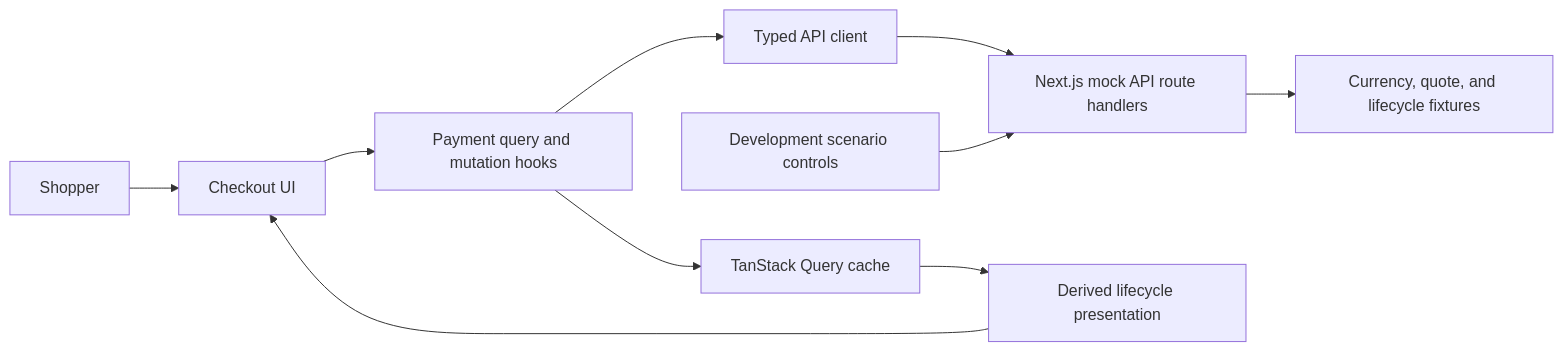
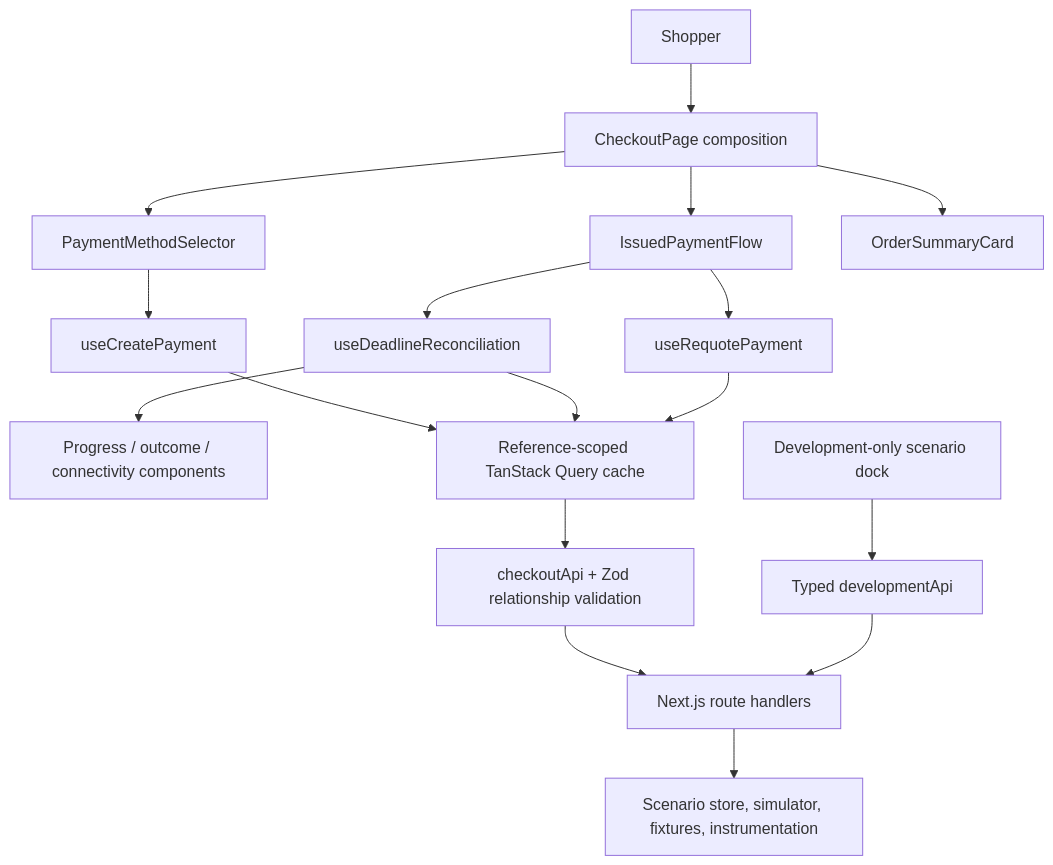
One commit to thiagosbrito/triple-a changed the first of 2 diagrams in .docs/04-technical-architecture.md. Above: the diagram before and after it, drawn with Mermaid. The commit also changed other lines of this file and 15 other files, not shown here.

````diff
--- a/.docs/04-technical-architecture.md
+++ b/.docs/04-technical-architecture.md
@@ -83,12 +84,22 @@
 ```mermaid
-flowchart LR
-    Shopper["Shopper"] --> UI["Checkout UI"]
-    UI --> Hooks["Payment query and mutation hooks"]
-    Hooks --> Client["Typed API client"]
-    Client --> Routes["Next.js mock API route handlers"]
-    Routes --> Fixtures["Currency, quote, and lifecycle fixtures"]
-    Dev["Development scenario controls"] --> Routes
-    Hooks --> Cache["TanStack Query cache"]
-    Cache --> Presenter["Derived lifecycle presentation"]
-    Presenter --> UI
+flowchart TB
+    Shopper["Shopper"] --> Page["CheckoutPage composition"]
+    Page --> Selector["PaymentMethodSelector"]
+    Page --> Issued["IssuedPaymentFlow"]
+    Page --> Summary["OrderSummaryCard"]
+
+    Selector --> Create["useCreatePayment"]
+    Issued --> Deadline["useDeadlineReconciliation"]
+    Issued --> Requote["useRequotePayment"]
+    Deadline --> Presentation["Progress / outcome / connectivity components"]
+
+    Create --> Query["Reference-scoped TanStack Query cache"]
+    Deadline --> Query
+    Requote --> Query
+    Query --> Client["checkoutApi + Zod relationship validation"]
+    Client --> Routes["Next.js route handlers"]
+    Routes --> Simulator["Scenario store, simulator, fixtures, instrumentation"]
+
+    Evaluator["Development-only scenario dock"] --> DevClient["Typed developmentApi"]
+    DevClient --> Routes
 ```
````
